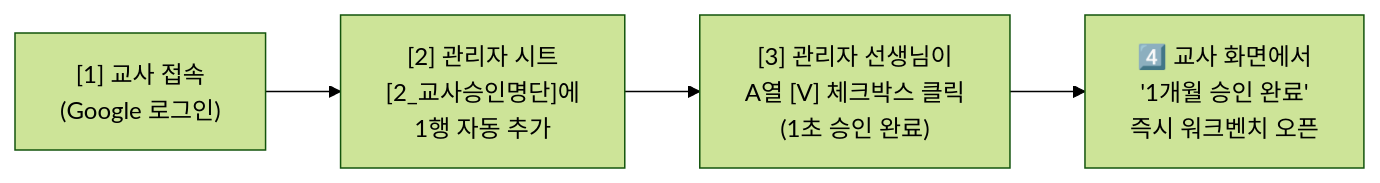
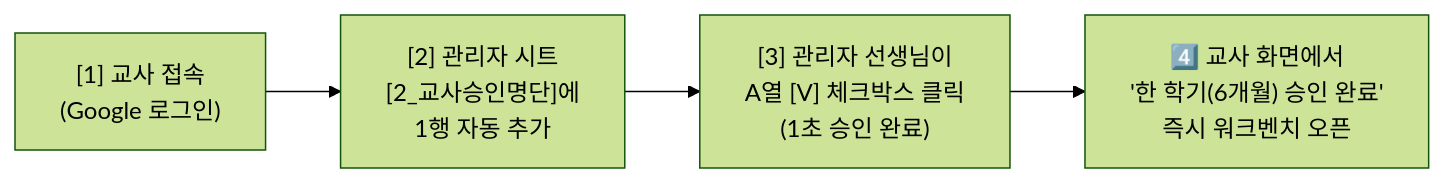
One commit to t98advisor1/neis-help changed the diagram in ADMIN_APPROVAL_GUIDE.md. Above: the diagram before and after it, drawn with Mermaid (forest theme). The commit also changed other lines of this file and 6 other files, not shown here.

````diff
--- a/ADMIN_APPROVAL_GUIDE.md
+++ b/ADMIN_APPROVAL_GUIDE.md
@@ -65,6 +65,6 @@
 ```mermaid
 flowchart LR
     A["[1] 교사 접속\n(Google 로그인)"] --> B["[2] 관리자 시트\n[2_교사승인명단]에\n1행 자동 추가"]
     B --> C["[3] 관리자 선생님이\nA열 [V] 체크박스 클릭\n(1초 승인 완료)"]
-    C --> D["4️⃣ 교사 화면에서\n'1개월 승인 완료'\n즉시 워크벤치 오픈"]
+    C --> D["4️⃣ 교사 화면에서\n'한 학기(6개월) 승인 완료'\n즉시 워크벤치 오픈"]
 ```
````
